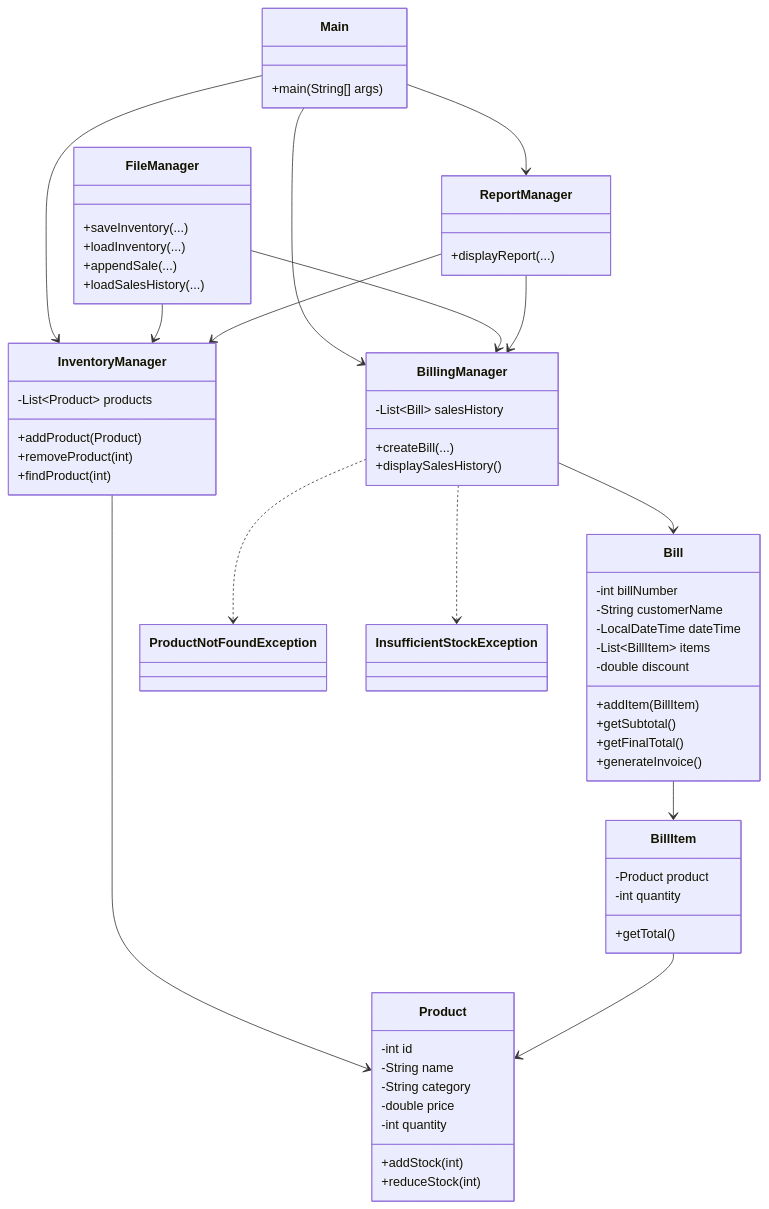
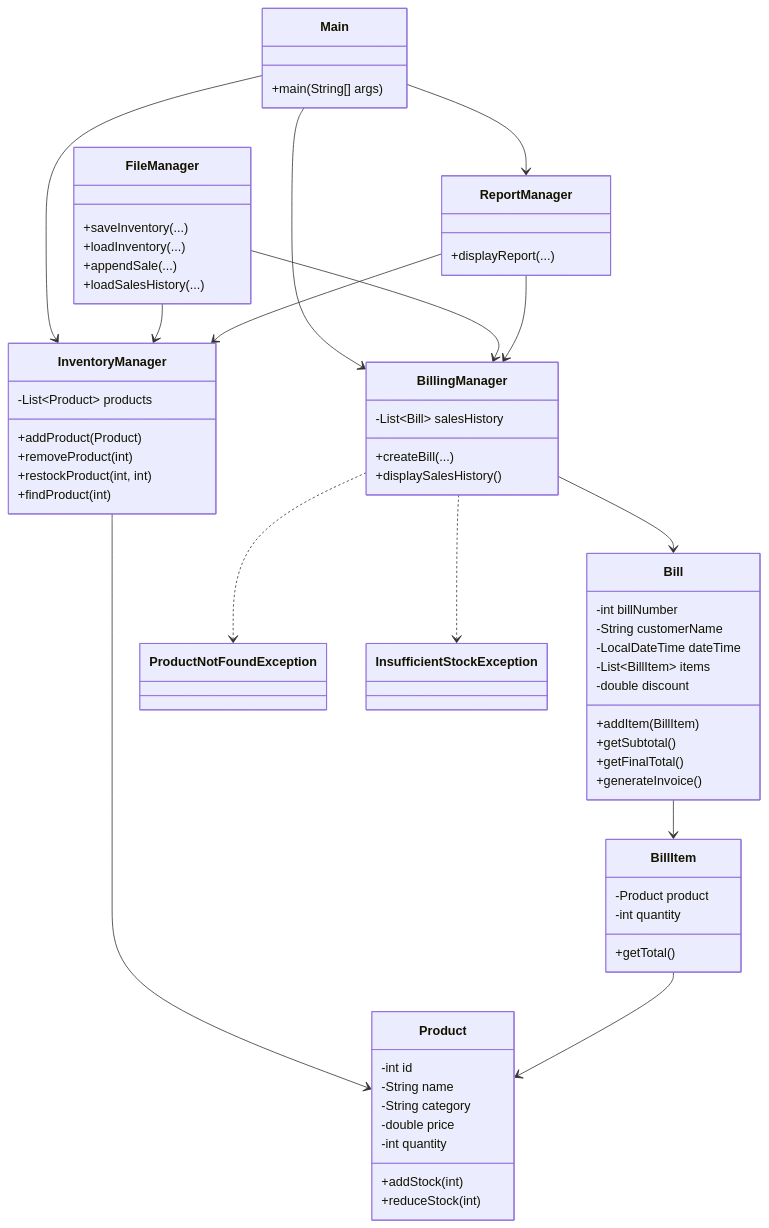
Before and after one commit to bhupendra-25bai10468/RetailStoreInventoryBilling_CoreJava: the fourth of 5 diagrams in docs/design.md, drawn with Mermaid.

````diff
--- a/docs/design.md
+++ b/docs/design.md
@@ -63,75 +63,76 @@
 ```mermaid
 classDiagram
     class Main {
         +main(String[] args)
     }
 
     class Product {
         -int id
         -String name
         -String category
         -double price
         -int quantity
         +addStock(int)
         +reduceStock(int)
     }
 
     class BillItem {
         -Product product
         -int quantity
         +getTotal()
     }
 
     class Bill {
         -int billNumber
         -String customerName
         -LocalDateTime dateTime
         -List~BillItem~ items
         -double discount
         +addItem(BillItem)
         +getSubtotal()
         +getFinalTotal()
         +generateInvoice()
     }
 
     class InventoryManager {
         -List~Product~ products
         +addProduct(Product)
         +removeProduct(int)
+        +restockProduct(int, int)
         +findProduct(int)
     }
 
     class BillingManager {
         -List~Bill~ salesHistory
         +createBill(...)
         +displaySalesHistory()
     }
 
     class FileManager {
         +saveInventory(...)
         +loadInventory(...)
         +appendSale(...)
         +loadSalesHistory(...)
     }
 
     class ReportManager {
         +displayReport(...)
     }
 
     class ProductNotFoundException
     class InsufficientStockException
 
     Main --> InventoryManager
     Main --> BillingManager
     Main --> ReportManager
     InventoryManager --> Product
     BillingManager --> Bill
     Bill --> BillItem
     BillItem --> Product
     FileManager --> InventoryManager
     FileManager --> BillingManager
     ReportManager --> InventoryManager
     ReportManager --> BillingManager
     BillingManager ..> ProductNotFoundException
     BillingManager ..> InsufficientStockException
 ```
````
